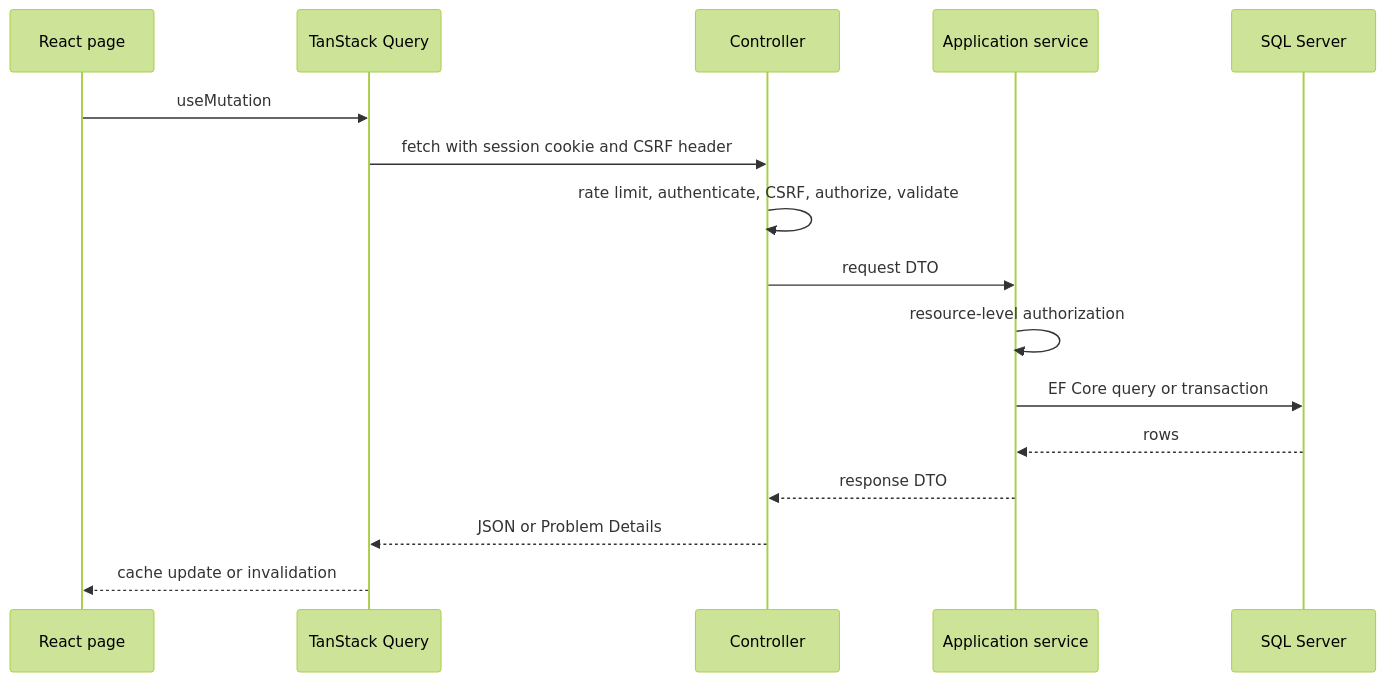
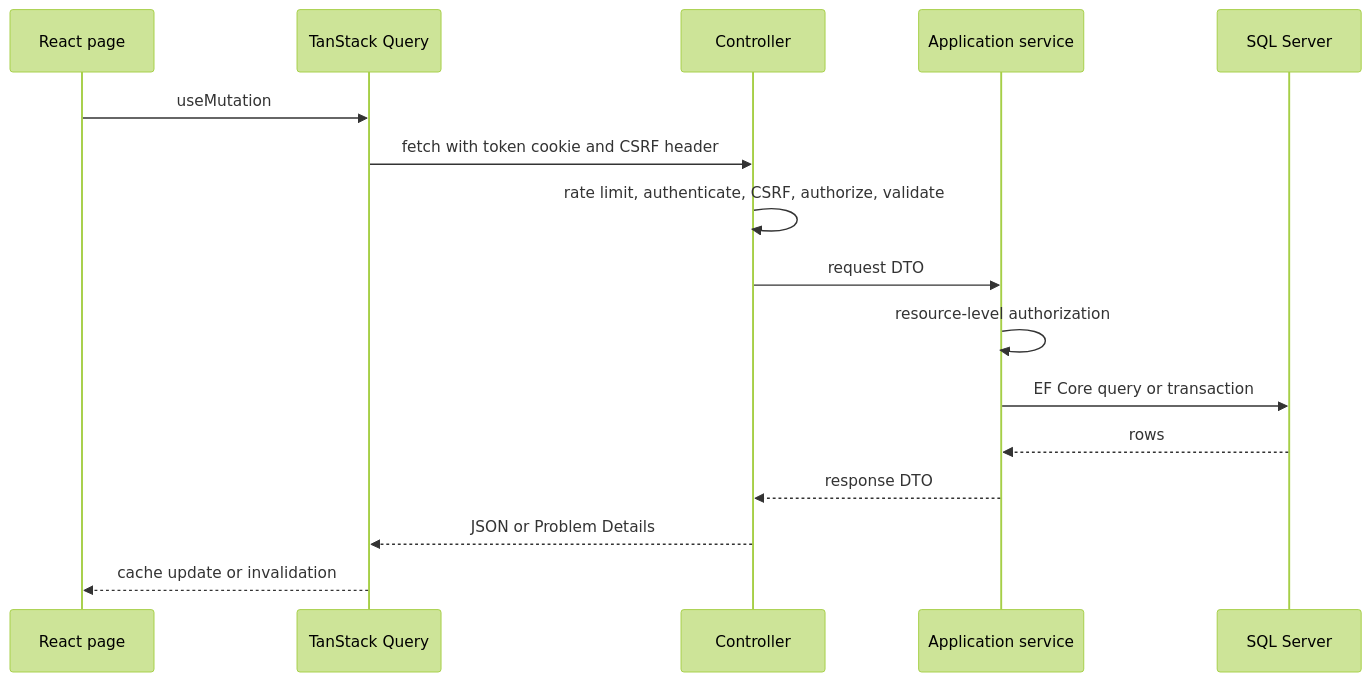
The second of 2 diagrams in docs/ARCHITECTURE.md (AbdurRehmanQayyum/Webathon-project), drawn with Mermaid (forest theme) before and after one commit. The commit also changed other lines of this file and 232 other files, not shown here.

````diff
--- a/docs/ARCHITECTURE.md
+++ b/docs/ARCHITECTURE.md
@@ -26,18 +27,18 @@
 ```mermaid
 sequenceDiagram
   participant UI as React page
   participant Q as TanStack Query
   participant C as Controller
   participant S as Application service
   participant DB as SQL Server
   UI->>Q: useMutation
-  Q->>C: fetch with session cookie and CSRF header
+  Q->>C: fetch with token cookie and CSRF header
   C->>C: rate limit, authenticate, CSRF, authorize, validate
   C->>S: request DTO
   S->>S: resource-level authorization
   S->>DB: EF Core query or transaction
   DB-->>S: rows
   S-->>C: response DTO
   C-->>Q: JSON or Problem Details
   Q-->>UI: cache update or invalidation
 ```
````
